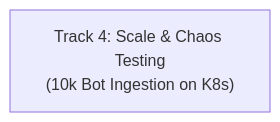
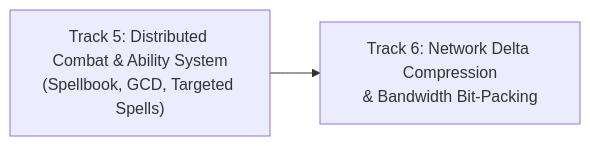
Before and after one commit to Jakousa/rust-server: the diagram in ROADMAP.md, drawn with Mermaid. The commit also changed other lines of this file and 29 other files, not shown here.

Commit message:
feat(track4): kubernetes scale & chaos testing (10k bot ingestion, failover, grafana dashboard)

````diff
--- a/ROADMAP.md
+++ b/ROADMAP.md
@@ -57,4 +65,4 @@
 ```mermaid
 flowchart LR
-    T4["Track 4: Scale & Chaos Testing\n(10k Bot Ingestion on K8s)"]
+    T5["Track 5: Distributed Combat & Ability System\n(Spellbook, GCD, Targeted Spells)"] --> T6["Track 6: Network Delta Compression\n& Bandwidth Bit-Packing"]
 ```
````
